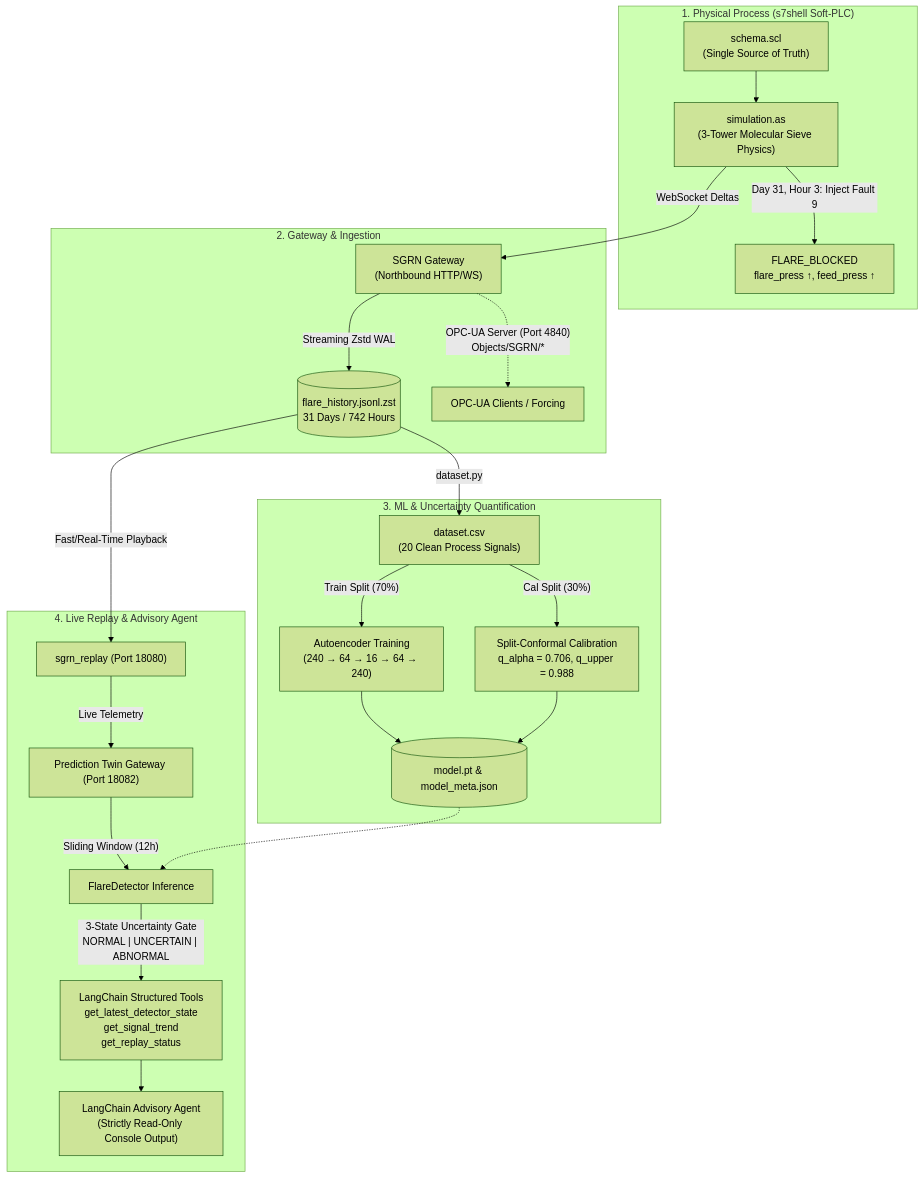
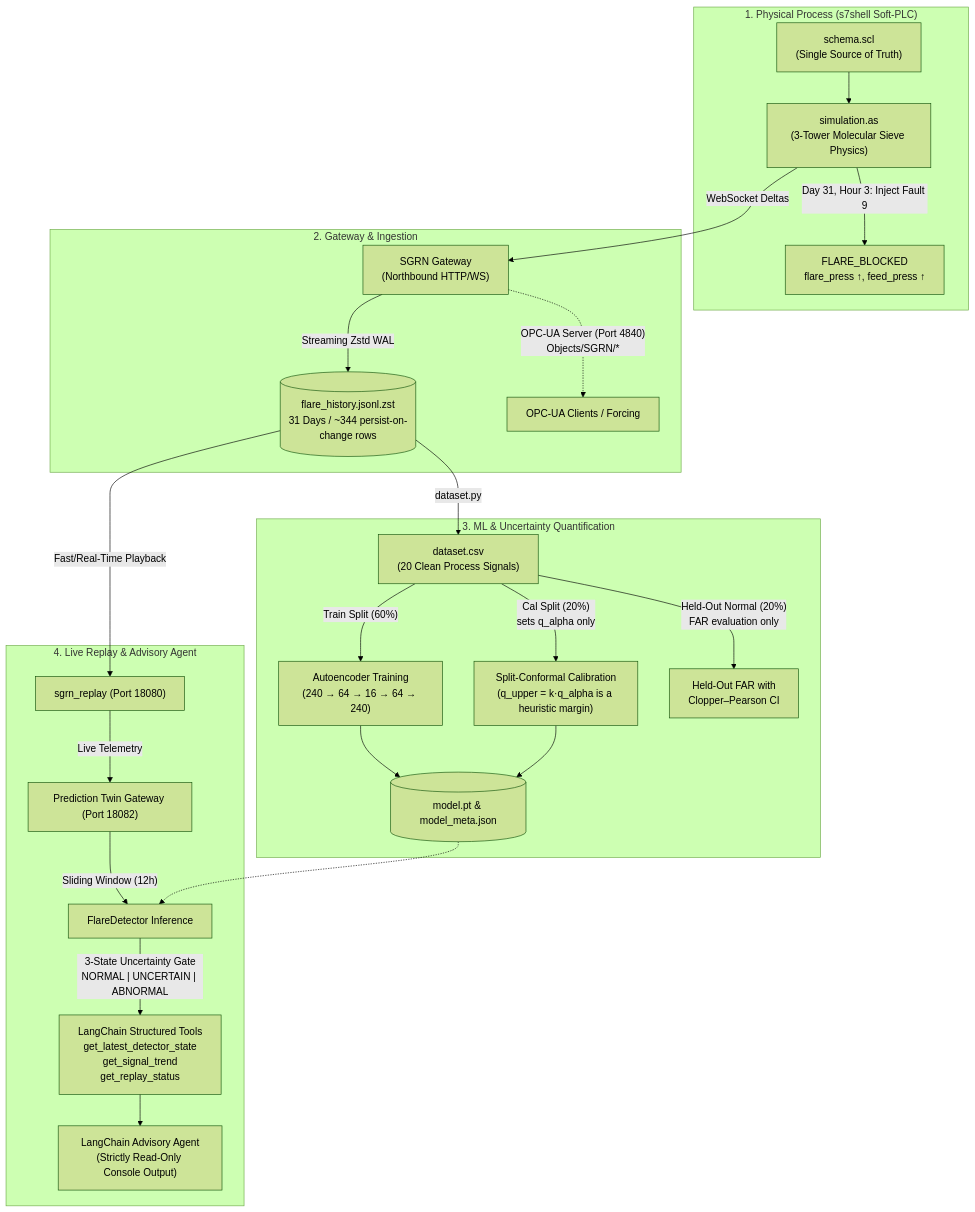
The diagram in experiments/flare/README.md (Kahoul-Ibrahim-El-Khalil/SGRN), drawn with Mermaid (forest theme) before and after one commit. The commit also changed other lines of this file and 88 other files, not shown here.

````diff
--- a/experiments/flare/README.md
+++ b/experiments/flare/README.md
@@ -34,29 +34,30 @@
 ```mermaid
 flowchart TD
     subgraph PROCESS["1. Physical Process (s7shell Soft-PLC)"]
         SCL["schema.scl<br/>(Single Source of Truth)"] --> SIM["simulation.as<br/>(3-Tower Molecular Sieve Physics)"]
         SIM -->|"Day 31, Hour 3: Inject Fault 9"| FAULT["FLARE_BLOCKED<br/>flare_press ↑, feed_press ↑"]
     end
 
     subgraph INGESTION["2. Gateway & Ingestion"]
         SIM -->|"WebSocket Deltas"| GW["SGRN Gateway<br/>(Northbound HTTP/WS)"]
-        GW -->|"Streaming Zstd WAL"| WAL[("flare_history.jsonl.zst<br/>31 Days / 742 Hours")]
+    GW -->|"Streaming Zstd WAL"| WAL[("flare_history.jsonl.zst<br/>31 Days / ~344 persist-on-change rows")]
         GW -.->|"OPC-UA Server (Port 4840)<br/>Objects/SGRN/*"| OPC["OPC-UA Clients / Forcing"]
     end
 
     subgraph DETECTION["3. ML & Uncertainty Quantification"]
         WAL -->|"dataset.py"| DS["dataset.csv<br/>(20 Clean Process Signals)"]
-        DS -->|"Train Split (70%)"| TR["Autoencoder Training<br/>(240 → 64 → 16 → 64 → 240)"]
-        DS -->|"Cal Split (30%)"| CAL["Split-Conformal Calibration<br/>q_alpha = 0.706, q_upper = 0.988"]
+        DS -->|"Train Split (60%)"| TR["Autoencoder Training<br/>(240 → 64 → 16 → 64 → 240)"]
+        DS -->|"Cal Split (20%)<br/>sets q_alpha only"| CAL["Split-Conformal Calibration<br/>(q_upper = k·q_alpha is a heuristic margin)"]
+        DS -->|"Held-Out Normal (20%)<br/>FAR evaluation only"| HO["Held-Out FAR with<br/>Clopper–Pearson CI"]
         TR & CAL --> MODEL[("model.pt & model_meta.json")]
     end
 
     subgraph TWIN_AGENT["4. Live Replay & Advisory Agent"]
         WAL -->|"Fast/Real-Time Playback"| REP["sgrn_replay (Port 18080)"]
         REP -->|"Live Telemetry"| TWINGW["Prediction Twin Gateway (Port 18082)"]
         TWINGW -->|"Sliding Window (12h)"| DET["FlareDetector Inference"]
         MODEL -.-> DET
         DET -->|"3-State Uncertainty Gate<br/>NORMAL | UNCERTAIN | ABNORMAL"| TOOLS["LangChain Structured Tools<br/>get_latest_detector_state<br/>get_signal_trend<br/>get_replay_status"]
         TOOLS --> AGENT["LangChain Advisory Agent<br/>(Strictly Read-Only Console Output)"]
     end
 ```
````
